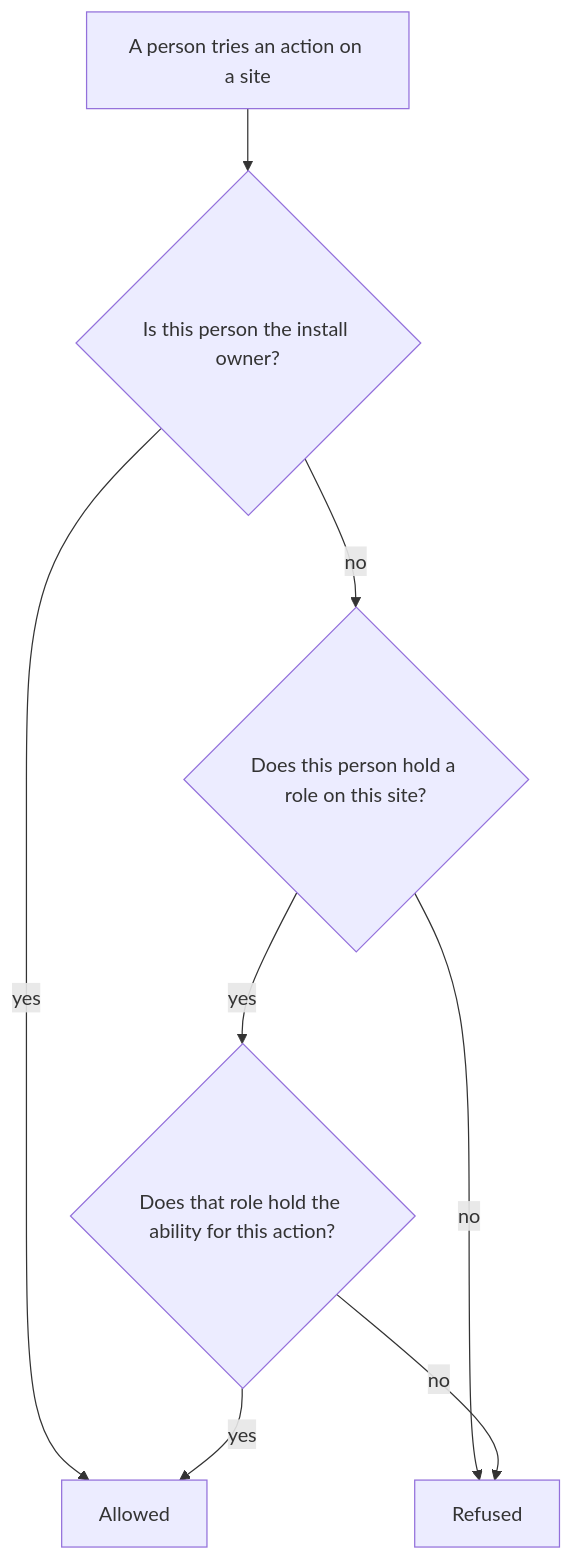
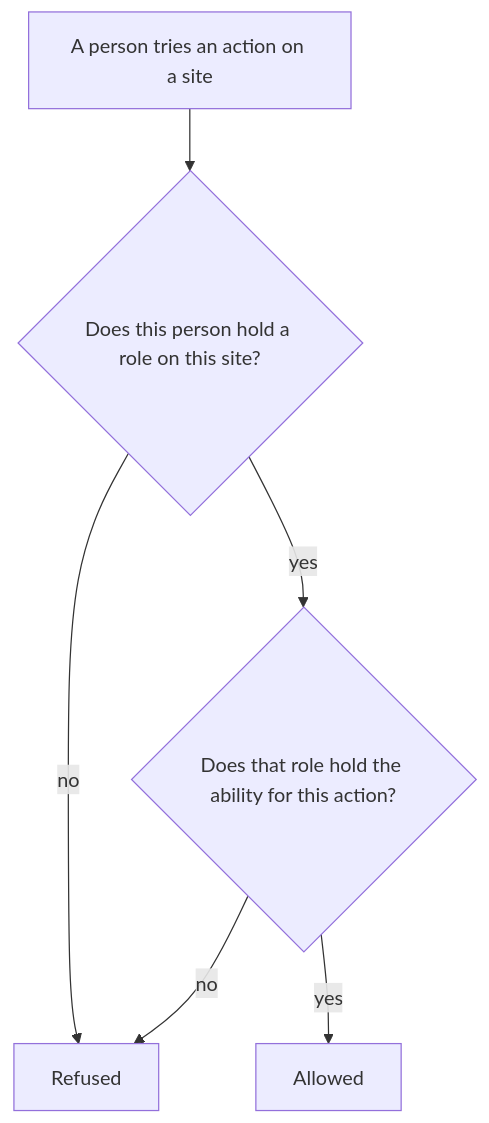
One commit to konstelasi/SSDPG changed the diagram in adrs/0004-access-is-per-site.md. Above: the diagram before and after it, drawn with Mermaid. The commit also changed other lines of this file and 3 other files, not shown here.

First line of the commit message:
Move the install owner out of ADR 0004

````diff
--- a/adrs/0004-access-is-per-site.md
+++ b/adrs/0004-access-is-per-site.md
@@ -32,10 +31,8 @@
 ```mermaid
 flowchart TD
-    A[A person tries an action on a site] --> B{Is this person the install owner?}
-    B -->|yes| F[Allowed]
-    B -->|no| C{Does this person hold a role on this site?}
+    A[A person tries an action on a site] --> C{Does this person hold a role on this site?}
     C -->|no| G[Refused]
     C -->|yes| D{Does that role hold the ability for this action?}
-    D -->|yes| F
+    D -->|yes| F[Allowed]
     D -->|no| G
 ```
````
